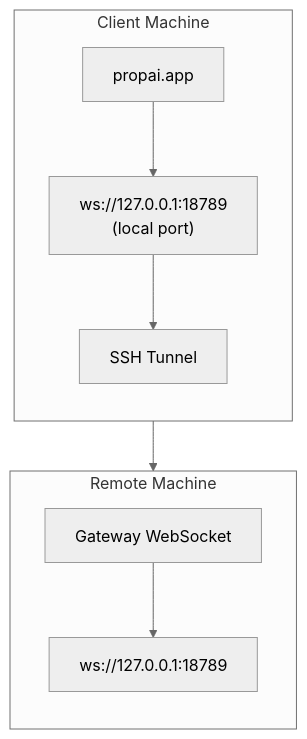
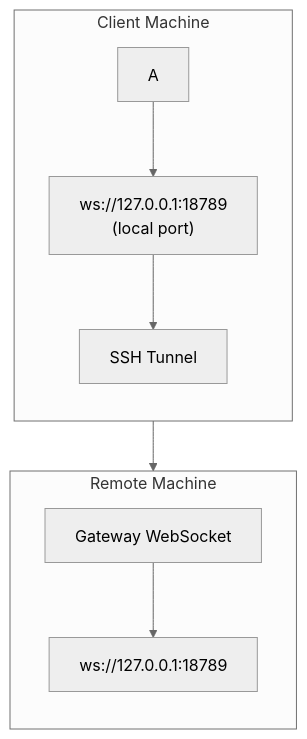
Before and after one commit to vishalgojha/propai-sync: the diagram in docs/gateway/remote-gateway-readme.md, drawn with Mermaid (neutral theme). The commit also changed other lines of this file and 1053 other files, not shown here.

````diff
--- a/docs/gateway/remote-gateway-readme.md
+++ b/docs/gateway/remote-gateway-readme.md
@@ -13,20 +9,19 @@
 ```mermaid
 flowchart TB
     subgraph Client["Client Machine"]
         direction TB
-        A["propai.app"]
         B["ws://127.0.0.1:18789\n(local port)"]
         T["SSH Tunnel"]
 
         A --> B
         B --> T
     end
     subgraph Remote["Remote Machine"]
         direction TB
         C["Gateway WebSocket"]
         D["ws://127.0.0.1:18789"]
 
         C --> D
     end
     T --> C
 ```
````
